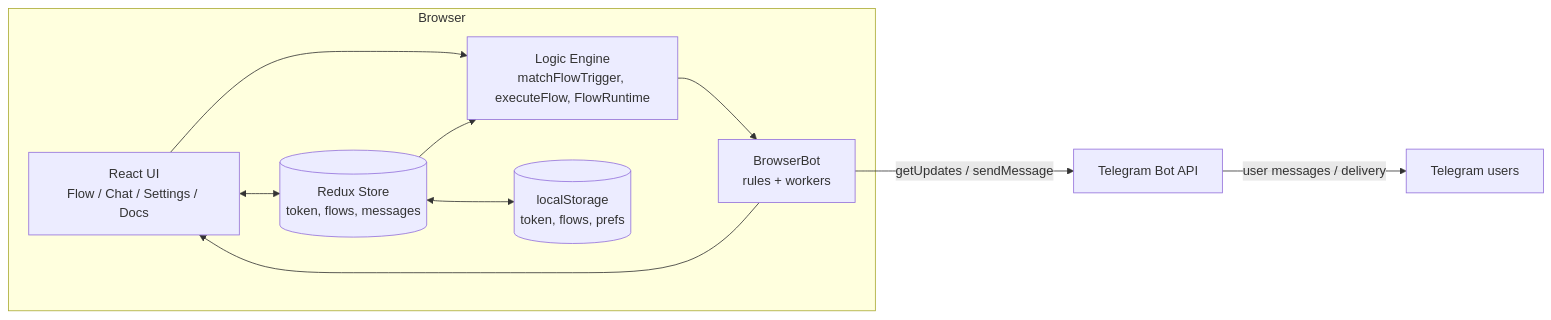
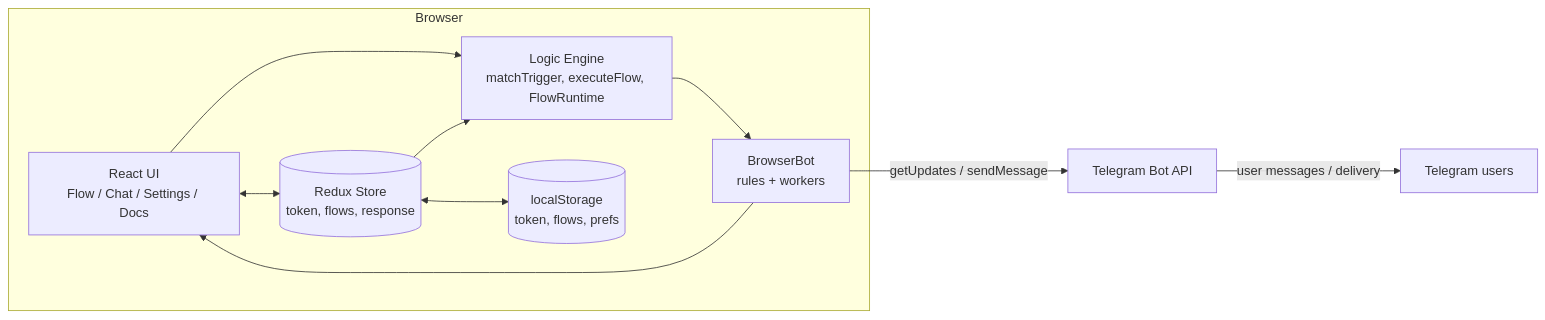
One commit to Jh123x/telegram-bot-on-browser changed the first of 6 diagrams in docs/ARCHITECTURE.md. Above: the diagram before and after it, drawn with Mermaid. The commit also changed other lines of this file, not shown here.

First line of the commit message:
docs: correct ARCHITECTURE.md claims against source

````diff
--- a/docs/ARCHITECTURE.md
+++ b/docs/ARCHITECTURE.md
@@ -11,20 +11,20 @@
 ```mermaid
 flowchart LR
   subgraph Browser
     UI[React UI<br/>Flow / Chat / Settings / Docs]
-    Store[(Redux Store<br/>token, flows, messages)]
-    Logic[Logic Engine<br/>matchFlowTrigger, executeFlow, FlowRuntime]
+    Store[(Redux Store<br/>token, flows, response)]
+    Logic[Logic Engine<br/>matchTrigger, executeFlow, FlowRuntime]
     Bot[BrowserBot<br/>rules + workers]
     Local[(localStorage<br/>token, flows, prefs)]
 
     UI <--> Store
     UI --> Logic
     Store --> Logic
     Logic --> Bot
     Bot --> UI
     Store <--> Local
   end
 
   Bot -- "getUpdates / sendMessage" --> API[Telegram Bot API]
   API -- "user messages / delivery" --> Telegram[Telegram users]
 ```
````
